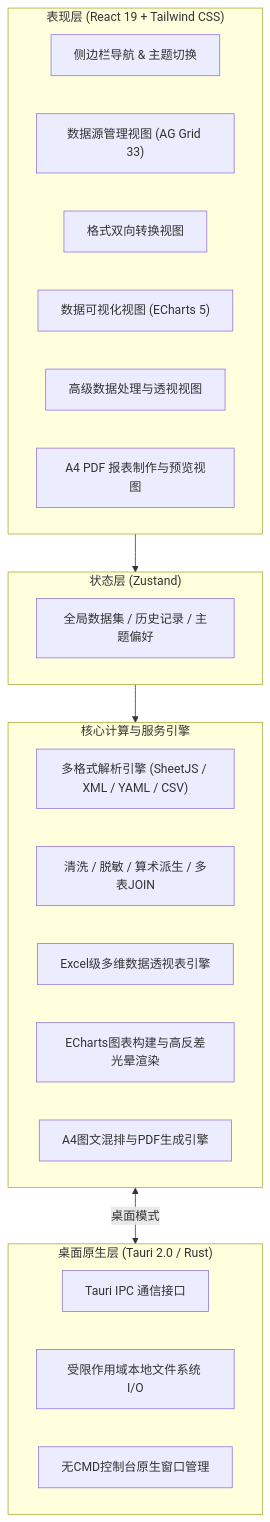
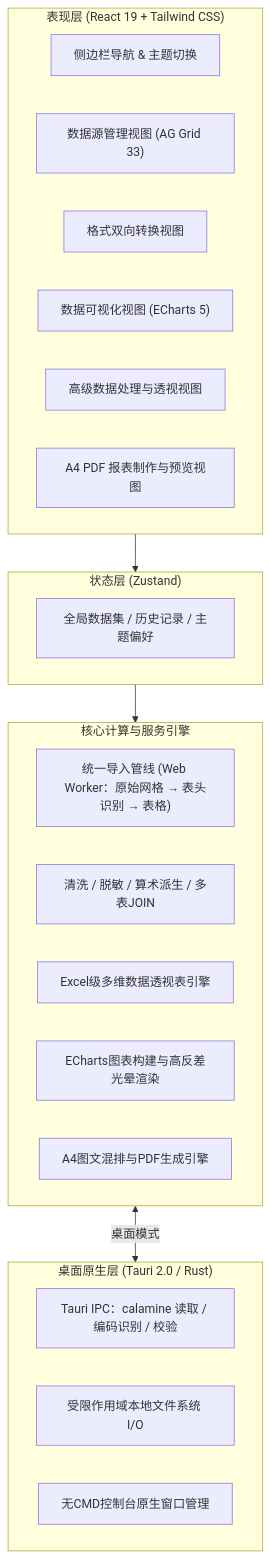
One commit to zhanglx-kiko/Tablesmith changed the first of 2 diagrams in tablesmith/PRODUCT_PLAN.md. Above: the diagram before and after it, drawn with Mermaid. The commit also changed other lines of this file and 61 other files, not shown here.

````diff
--- a/tablesmith/PRODUCT_PLAN.md
+++ b/tablesmith/PRODUCT_PLAN.md
@@ -38,33 +38,33 @@
 ```mermaid
 flowchart TD
     subgraph UI["表现层 (React 19 + Tailwind CSS)"]
         Nav["侧边栏导航 & 主题切换"]
         View1["数据源管理视图 (AG Grid 33)"]
         View2["格式双向转换视图"]
         View3["数据可视化视图 (ECharts 5)"]
         View4["高级数据处理与透视视图"]
         View5["A4 PDF 报表制作与预览视图"]
     end
 
     subgraph State["状态层 (Zustand)"]
         Store["全局数据集 / 历史记录 / 主题偏好"]
     end
 
     subgraph Core["核心计算与服务引擎"]
-        Parser["多格式解析引擎 (SheetJS / XML / YAML / CSV)"]
+        Parser["统一导入管线 (Web Worker：原始网格 → 表头识别 → 表格)"]
         Process["清洗 / 脱敏 / 算术派生 / 多表JOIN"]
         Pivot["Excel级多维数据透视表引擎"]
         Visual["ECharts图表构建与高反差光晕渲染"]
         ReportGen["A4图文混排与PDF生成引擎"]
     end
 
     subgraph Native["桌面原生层 (Tauri 2.0 / Rust)"]
-        RustIPC["Tauri IPC 通信接口"]
+        RustIPC["Tauri IPC：calamine 读取 / 编码识别 / 校验"]
         NativeFS["受限作用域本地文件系统 I/O"]
         WinSys["无CMD控制台原生窗口管理"]
     end
 
     UI --> State
     State --> Core
     Core <--> |"桌面模式"| Native
 ```
````
